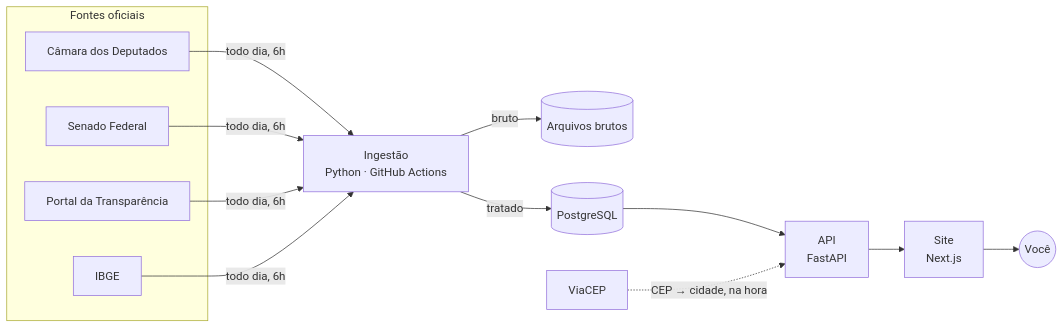
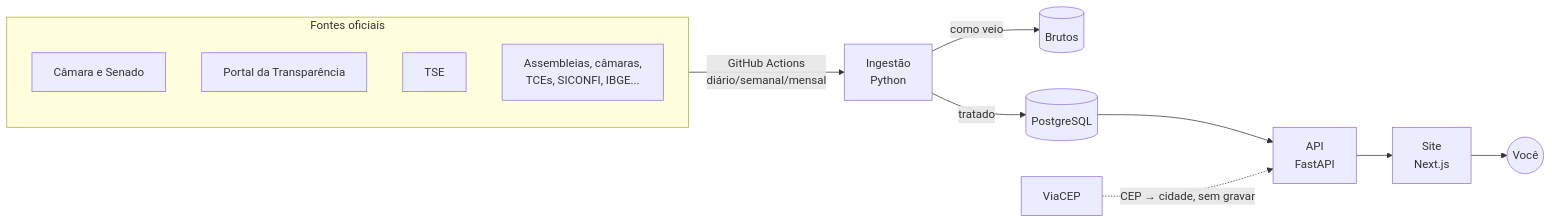
One commit to Gipsy7/panoptico changed the second of 2 diagrams in README.md. Above: the diagram before and after it, drawn with Mermaid. The commit also changed other lines of this file, not shown here.

Commit message:
README mais curto e navegável: tabelas, seções recolhíveis, diagrama do fluxo e lista de próximos passos

````diff
--- a/README.md
+++ b/README.md
@@ -109,16 +134,16 @@
 ```mermaid
 flowchart LR
     subgraph fontes [Fontes oficiais]
-        CD[Câmara dos Deputados]
-        SF[Senado Federal]
+        CD[Câmara e Senado]
         CGU[Portal da Transparência]
-        IBGE[IBGE]
+        TSE[TSE]
+        LOC[Assembleias, câmaras,<br/>TCEs, SICONFI, IBGE...]
     end
-    CD & SF & CGU & IBGE -->|todo dia, 6h| ING[Ingestão<br/>Python · GitHub Actions]
-    ING -->|bruto| RAW[(Arquivos brutos)]
+    fontes -->|GitHub Actions<br/>diário/semanal/mensal| ING[Ingestão<br/>Python]
+    ING -->|como veio| RAW[(Brutos)]
     ING -->|tratado| DB[(PostgreSQL)]
     DB --> API[API<br/>FastAPI]
     API --> WEB[Site<br/>Next.js]
-    VIACEP[ViaCEP] -.->|CEP → cidade, na hora| API
+    VIACEP[ViaCEP] -.->|CEP → cidade, sem gravar| API
     WEB --> U((Você))
 ```
````
